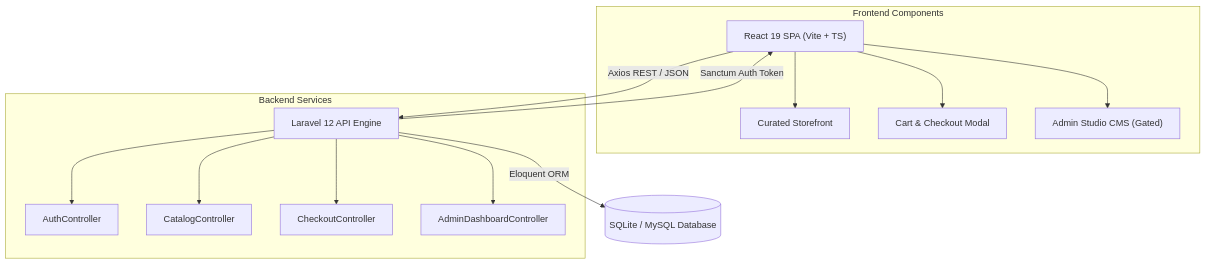
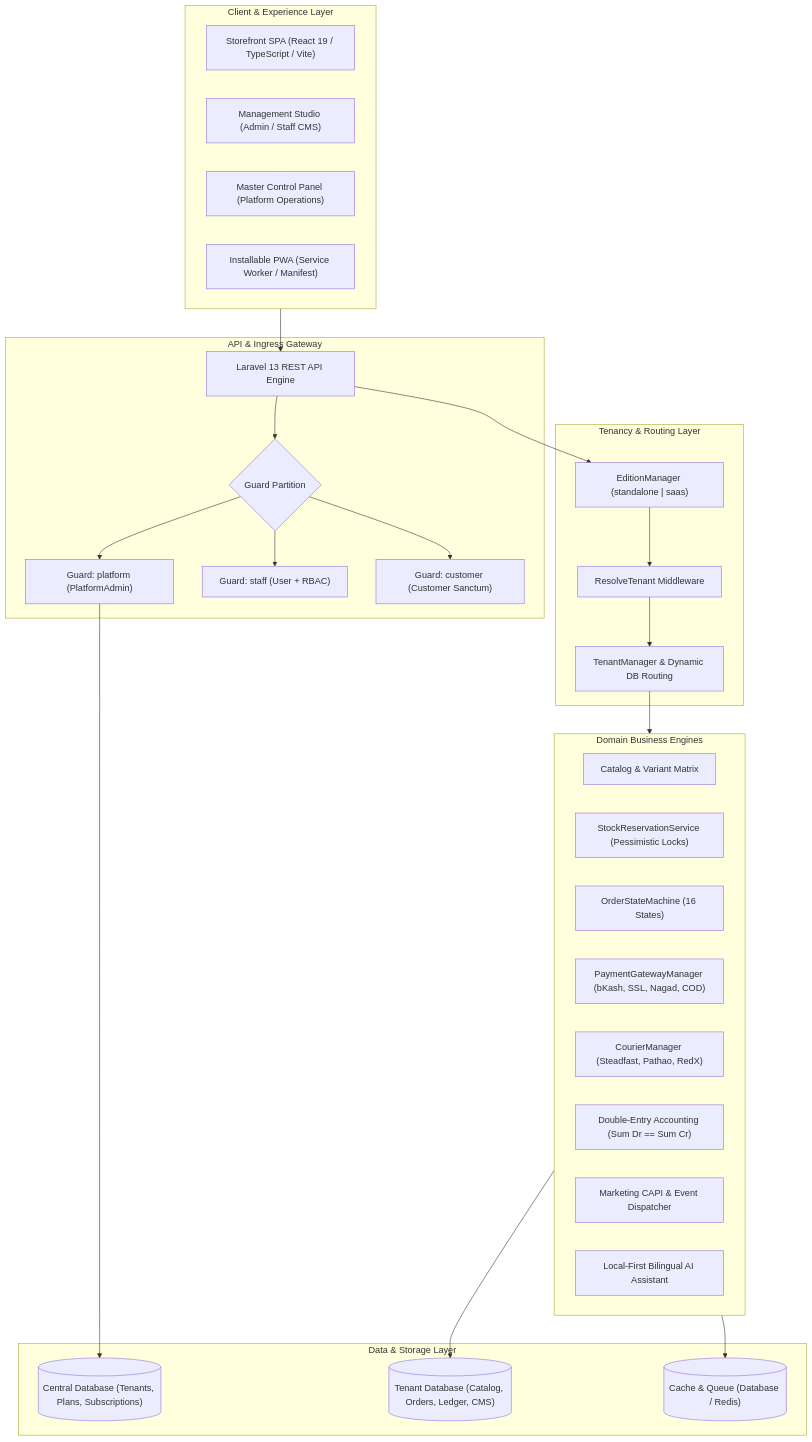
The first of 2 diagrams in README.md (beingmushfiq/E-commerce-PointOne), drawn with Mermaid before and after one commit. The commit also changed other lines of this file and 101 other files, not shown here.

````diff
--- a/README.md
+++ b/README.md
@@ -123,23 +145,55 @@
 ```mermaid
-graph TD
-    Client["React 19 SPA (Vite + TS)"]
-    API["Laravel 12 API Engine"]
-    DB[(SQLite / MySQL Database)]
-
-    Client -->|Axios REST / JSON| API
-    API -->|Sanctum Auth Token| Client
-    API -->|Eloquent ORM| DB
-
-    subgraph Frontend Components
-        Client --> Storefront["Curated Storefront"]
-        Client --> Cart["Cart & Checkout Modal"]
-        Client --> CMS["Admin Studio CMS (Gated)"]
+flowchart TB
+    subgraph ClientLayer ["Client & Experience Layer"]
+        Storefront["Storefront SPA (React 19 / TypeScript / Vite)"]
+        Studio["Management Studio (Admin / Staff CMS)"]
+        MCP["Master Control Panel (Platform Operations)"]
+        PWA["Installable PWA (Service Worker / Manifest)"]
     end
 
-    subgraph Backend Services
-        API --> Auth["AuthController"]
-        API --> Catalog["CatalogController"]
-        API --> Checkout["CheckoutController"]
-        API --> Admin["AdminDashboardController"]
+    subgraph GatewayLayer ["API & Ingress Gateway"]
+        API["Laravel 13 REST API Engine"]
+        AuthGuards{"Guard Partition"}
+        GuardPlatform["Guard: platform (PlatformAdmin)"]
+        GuardStaff["Guard: staff (User + RBAC)"]
+        GuardCustomer["Guard: customer (Customer Sanctum)"]
     end
+
+    subgraph TenancyLayer ["Tenancy & Routing Layer"]
+        EditionMgr["EditionManager (standalone | saas)"]
+        ResolveTenant["ResolveTenant Middleware"]
+        TenantMgr["TenantManager & Dynamic DB Routing"]
+    end
+
+    subgraph DomainEngines ["Domain Business Engines"]
+        CatalogEngine["Catalog & Variant Matrix"]
+        StockEngine["StockReservationService (Pessimistic Locks)"]
+        OrderFSM["OrderStateMachine (16 States)"]
+        PaymentMgr["PaymentGatewayManager (bKash, SSL, Nagad, COD)"]
+        CourierMgr["CourierManager (Steadfast, Pathao, RedX)"]
+        LedgerEngine["Double-Entry Accounting (Sum Dr == Sum Cr)"]
+        MarketingEngine["Marketing CAPI & Event Dispatcher"]
+        AiEngine["Local-First Bilingual AI Assistant"]
+    end
+
+    subgraph DataLayer ["Data & Storage Layer"]
+        CentralDB[("Central Database (Tenants, Plans, Subscriptions)")]
+        TenantDB[("Tenant Database (Catalog, Orders, Ledger, CMS)")]
+        LocalCache[("Cache & Queue (Database / Redis)")]
+    end
+
+    ClientLayer --> API
+    API --> AuthGuards
+    AuthGuards --> GuardPlatform
+    AuthGuards --> GuardStaff
+    AuthGuards --> GuardCustomer
+
+    API --> EditionMgr
+    EditionMgr --> ResolveTenant
+    ResolveTenant --> TenantMgr
+
+    TenantMgr --> DomainEngines
+    DomainEngines --> TenantDB
+    GuardPlatform --> CentralDB
+    DomainEngines --> LocalCache
 ```
````
